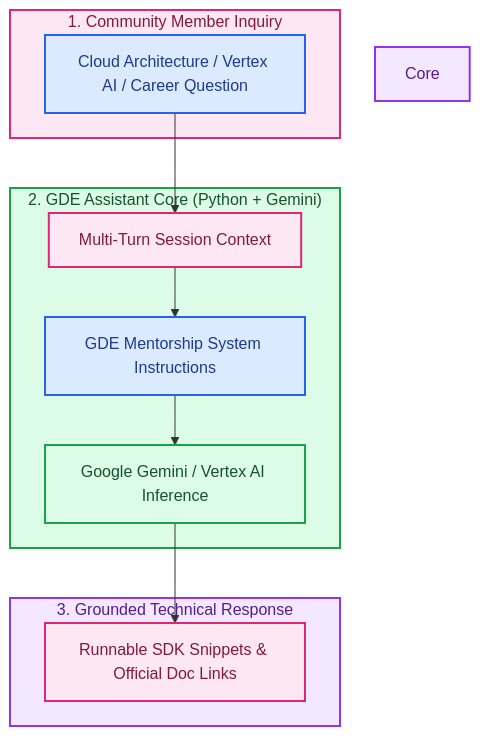
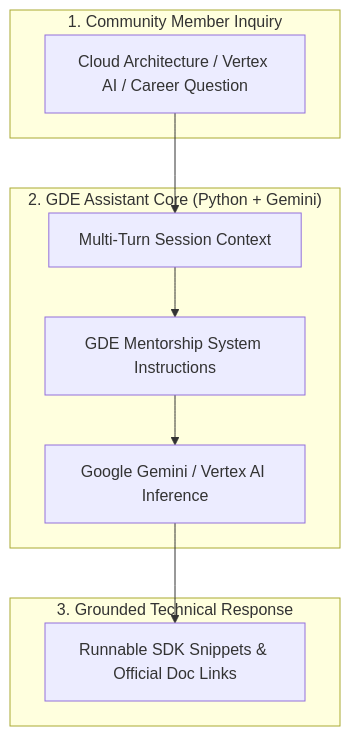
Before and after one commit to RobinaMirbahar/GDE-Chatbot: the diagram in README.md, drawn with Mermaid.

Commit message:
docs: revert Mermaid color overrides for crisp native GitHub rendering and consolidate header

````diff
--- a/README.md
+++ b/README.md
@@ -23,24 +23,15 @@
 ```mermaid
 flowchart TD
     subgraph Dev ["1. Community Member Inquiry"]
         D_Q["Cloud Architecture / Vertex AI / Career Question"]
     end
     subgraph Bot ["2. GDE Assistant Core (Python + Gemini)"]
         B_Mem["Multi-Turn Session Context"]
         B_Prompt["GDE Mentorship System Instructions"]
         B_LLM["Google Gemini / Vertex AI Inference"]
     end
     subgraph Ans ["3. Grounded Technical Response"]
         A_Code["Runnable SDK Snippets & Official Doc Links"]
     end
     D_Q --> B_Mem --> B_Prompt --> B_LLM --> A_Code
-    style Dev fill:#fce7f3,stroke:#db2777,stroke-width:2px,color:#831843
-    style D_Q fill:#dbeafe,stroke:#2563eb,stroke-width:2px,color:#1e3a8a
-    style Bot fill:#dcfce7,stroke:#16a34a,stroke-width:2px,color:#14532d
-    style Core fill:#f3e8ff,stroke:#9333ea,stroke-width:2px,color:#581c87
-    style B_Mem fill:#fce7f3,stroke:#db2777,stroke-width:2px,color:#831843
-    style B_Prompt fill:#dbeafe,stroke:#2563eb,stroke-width:2px,color:#1e3a8a
-    style B_LLM fill:#dcfce7,stroke:#16a34a,stroke-width:2px,color:#14532d
-    style Ans fill:#f3e8ff,stroke:#9333ea,stroke-width:2px,color:#581c87
-    style A_Code fill:#fce7f3,stroke:#db2777,stroke-width:2px,color:#831843
 ```
````
